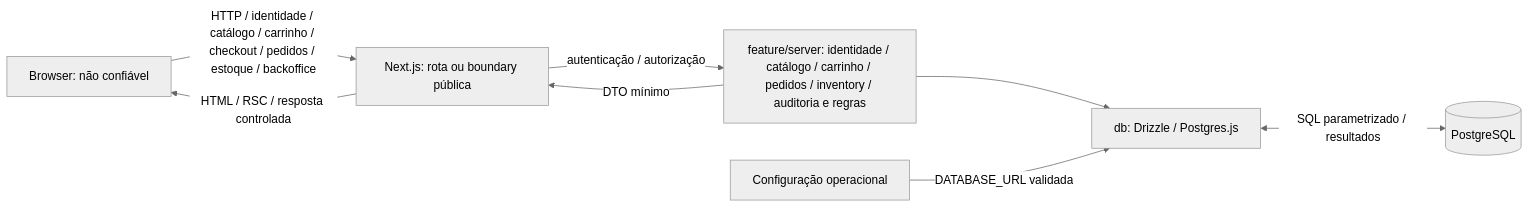
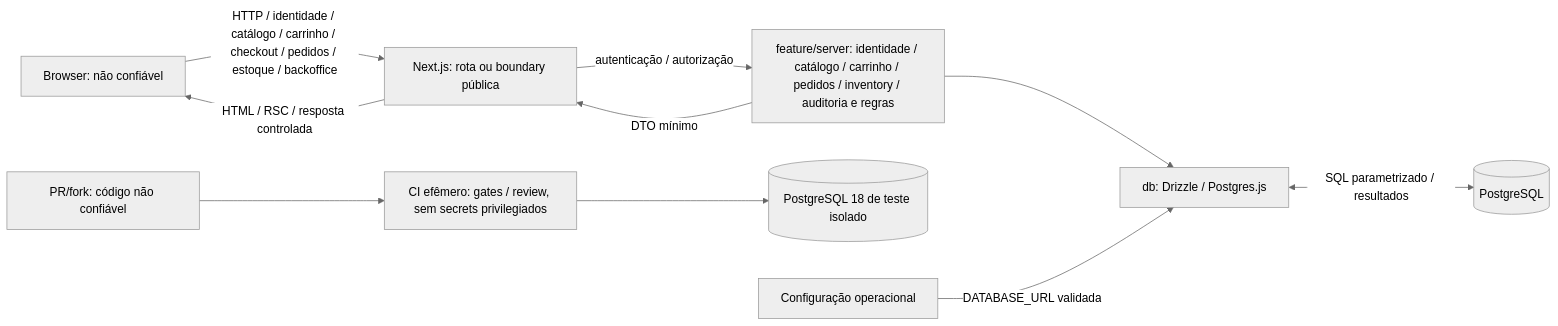
Before and after one commit to joaoapassos/guardian-bay: the diagram in docs/architecture/threat-model.md, drawn with Mermaid (neutral theme). The commit also changed other lines of this file and 3 other files, not shown here.

````diff
--- a/docs/architecture/threat-model.md
+++ b/docs/architecture/threat-model.md
@@ -30,10 +32,12 @@
 ```mermaid
 flowchart LR
     Browser["Browser: não confiável"] -->|"HTTP / identidade / catálogo / carrinho / checkout / pedidos / estoque / backoffice"| Next["Next.js: rota ou boundary pública"]
     Next -->|"autenticação / autorização"| Feature["feature/server: identidade / catálogo / carrinho / pedidos / inventory / auditoria e regras"]
     Feature --> DB["db: Drizzle / Postgres.js"]
     DB <-->|"SQL parametrizado / resultados"| PG[(PostgreSQL)]
     Feature -->|"DTO mínimo"| Next
     Next -->|"HTML / RSC / resposta controlada"| Browser
+    PR["PR/fork: código não confiável"] --> CI["CI efêmero: gates / review, sem secrets privilegiados"]
+    CI --> TestDB[("PostgreSQL 18 de teste isolado")]
     Config["Configuração operacional"] -->|"DATABASE_URL validada"| DB
 ```
````
